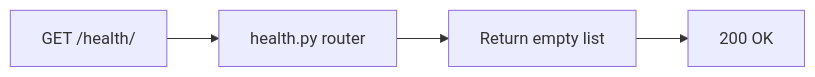
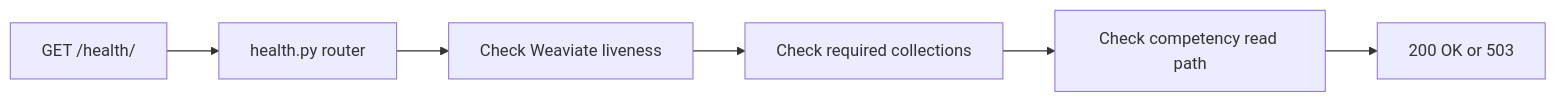
The first of 5 diagrams in atlas/docs/docs/dev/code-reference/endpoints.md (ls1intum/edutelligence), drawn with Mermaid before and after one commit. The commit also changed other lines of this file and 6 other files, not shown here.

````diff
--- a/atlas/docs/docs/dev/code-reference/endpoints.md
+++ b/atlas/docs/docs/dev/code-reference/endpoints.md
@@ -75,6 +98,8 @@
 ```mermaid
 graph LR
     A[GET /health/] --> B[health.py router]
-    B --> C[Return empty list]
-    C --> D[200 OK]
+    B --> C[Check Weaviate liveness]
+    C --> D[Check required collections]
+    D --> E[Check competency read path]
+    E --> F[200 OK or 503]
 ```
````
